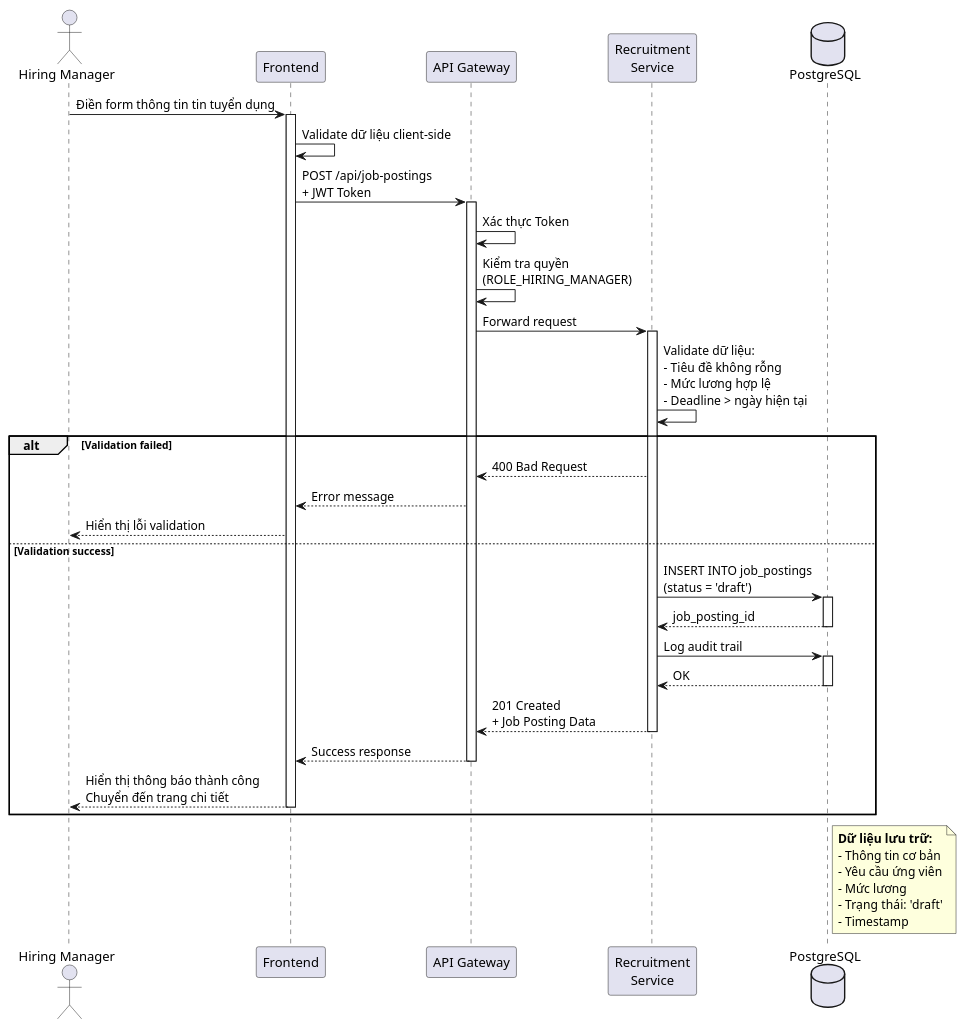
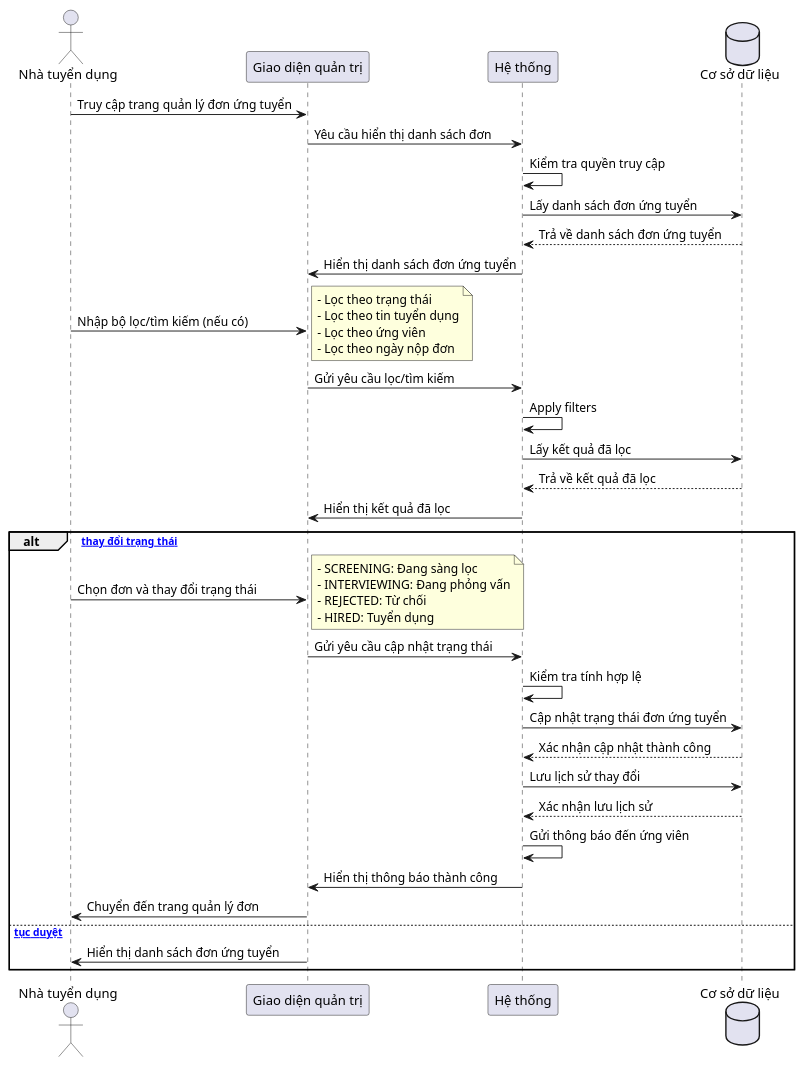
One commit to felix-253/TechLeet-server changed the diagram in sequence/UC-07/UC-07-simple-sequence.wsd. Above: the diagram before and after it, drawn with PlantUML. The commit also changed other lines of this file and 30 other files, not shown here.

```diff
--- a/sequence/UC-07/UC-07-simple-sequence.wsd
+++ b/sequence/UC-07/UC-07-simple-sequence.wsd
@@ -1,64 +1,51 @@
-@startuml UC-07: Tạo Tin Tuyển Dụng (Simplified)
+@startuml UC-07: Quản lý đơn ứng tuyển
 
+actor "Nhà tuyển dụng" as R
+participant "Giao diện quản trị" as FE
+participant "Hệ thống" as System
+database "Cơ sở dữ liệu" as DB
 
+R -> FE: Truy cập trang quản lý đơn ứng tuyển
+FE -> System: Yêu cầu hiển thị danh sách đơn
+System -> System: Kiểm tra quyền truy cập
+System -> DB: Lấy danh sách đơn ứng tuyển
+DB --> System: Trả về danh sách đơn ứng tuyển
+System -> FE: Hiển thị danh sách đơn ứng tuyển
 
+R -> FE: Nhập bộ lọc/tìm kiếm (nếu có)
+note right
+  - Lọc theo trạng thái
+  - Lọc theo tin tuyển dụng
+  - Lọc theo ứng viên
+  - Lọc theo ngày nộp đơn
+end note
 
-actor "Hiring Manager" as HM
-participant "Frontend" as FE
-participant "API Gateway" as GW
-participant "Recruitment\nService" as RS
-database "PostgreSQL" as DB
+FE -> System: Gửi yêu cầu lọc/tìm kiếm
+System -> System: Apply filters
+System -> DB: Lấy kết quả đã lọc
+DB --> System: Trả về kết quả đã lọc
+System -> FE: Hiển thị kết quả đã lọc
 
-
-HM -> FE: Điền form thông tin tin tuyển dụng
-activate FE
-
-FE -> FE: Validate dữ liệu client-side
-
-FE -> GW: POST /api/job-postings\n+ JWT Token
-activate GW
-
-GW -> GW: Xác thực Token
-GW -> GW: Kiểm tra quyền\n(ROLE_HIRING_MANAGER)
-
-GW -> RS: Forward request
-activate RS
-
-RS -> RS: Validate dữ liệu:\n- Tiêu đề không rỗng\n- Mức lương hợp lệ\n- Deadline > ngày hiện tại
-
-alt Validation failed
-    RS --> GW: 400 Bad Request
-    GW --> FE: Error message
-    FE --> HM: Hiển thị lỗi validation
+alt [Cần thay đổi trạng thái]
+    R -> FE: Chọn đơn và thay đổi trạng thái
+    note right
+      - SCREENING: Đang sàng lọc
+      - INTERVIEWING: Đang phỏng vấn
+      - REJECTED: Từ chối
+      - HIRED: Tuyển dụng
+    end note
     
-else Validation success
-    RS -> DB: INSERT INTO job_postings\n(status = 'draft')
-    activate DB
-    DB --> RS: job_posting_id
-    deactivate DB
-    
-    RS -> DB: Log audit trail
-    activate DB
-    DB --> RS: OK
-    deactivate DB
-    
-    RS --> GW: 201 Created\n+ Job Posting Data
-    deactivate RS
-    
-    GW --> FE: Success response
-    deactivate GW
-    
-    FE --> HM: Hiển thị thông báo thành công\nChuyển đến trang chi tiết
-    deactivate FE
+    FE -> System: Gửi yêu cầu cập nhật trạng thái
+    System -> System: Kiểm tra tính hợp lệ
+    System -> DB: Cập nhật trạng thái đơn ứng tuyển
+    DB --> System: Xác nhận cập nhật thành công
+    System -> DB: Lưu lịch sử thay đổi
+    DB --> System: Xác nhận lưu lịch sử
+    System -> System: Gửi thông báo đến ứng viên
+    System -> FE: Hiển thị thông báo thành công
+    FE -> R: Chuyển đến trang quản lý đơn
+else [Tiếp tục duyệt]
+    FE -> R: Hiển thị danh sách đơn ứng tuyển
 end
 
-note right of DB
-  **Dữ liệu lưu trữ:**
-  - Thông tin cơ bản
-  - Yêu cầu ứng viên
-  - Mức lương
-  - Trạng thái: 'draft'
-  - Timestamp
-end note
-
 @enduml
```
